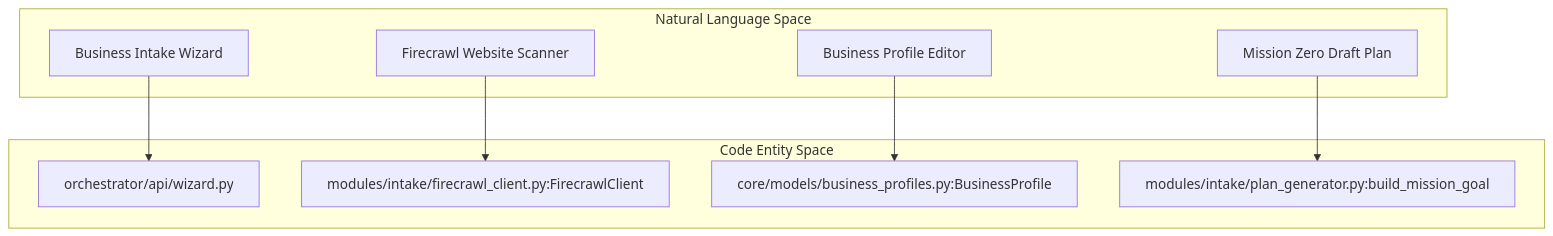
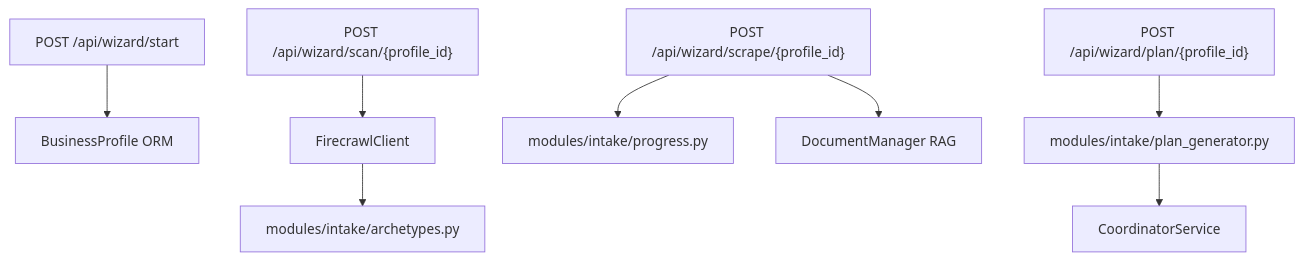
Before and after one commit to AutomatosAI/automatos-ai: the third of 3 diagrams in docs/getting-started/business-intake-wizard.md, drawn with Mermaid. The commit also changed other lines of this file and 188 other files, not shown here.

First line of the commit message:
docs: refresh architecture docs and add coverage for new subsystems (#1416)

````diff
--- a/docs/getting-started/business-intake-wizard.md
+++ b/docs/getting-started/business-intake-wizard.md
@@ -86,21 +191,10 @@
 ```mermaid
 graph TD
-    subgraph "Natural Language Space"
-        NL_Wizard["Business Intake Wizard"]
-        NL_Crawler["Firecrawl Website Scanner"]
-        NL_Profile["Business Profile Editor"]
-        NL_Plan["Mission Zero Draft Plan"]
-    end
-
-    subgraph "Code Entity Space"
-        CE_API["orchestrator/api/wizard.py"]
-        CE_Client["modules/intake/firecrawl_client.py:FirecrawlClient"]
-        CE_Model["core/models/business_profiles.py:BusinessProfile"]
-        CE_Gen["modules/intake/plan_generator.py:build_mission_goal"]
-    end
-
-    NL_Wizard --> CE_API
-    NL_Crawler --> CE_Client
-    NL_Profile --> CE_Model
-    NL_Plan --> CE_Gen
+    StartRoute["POST /api/wizard/start"] --> ProfileModel["BusinessProfile ORM"]
+    ScanRoute["POST /api/wizard/scan/{profile_id}"] --> FCClient["FirecrawlClient"]
+    FCClient --> ArchetypeModule["modules/intake/archetypes.py"]
+    ScrapeRoute["POST /api/wizard/scrape/{profile_id}"] --> ProgressStream["modules/intake/progress.py"]
+    ScrapeRoute --> DocManager["DocumentManager RAG"]
+    PlanRoute["POST /api/wizard/plan/{profile_id}"] --> PlanGen["modules/intake/plan_generator.py"]
+    PlanGen --> CoordService["CoordinatorService"]
 ```
````
